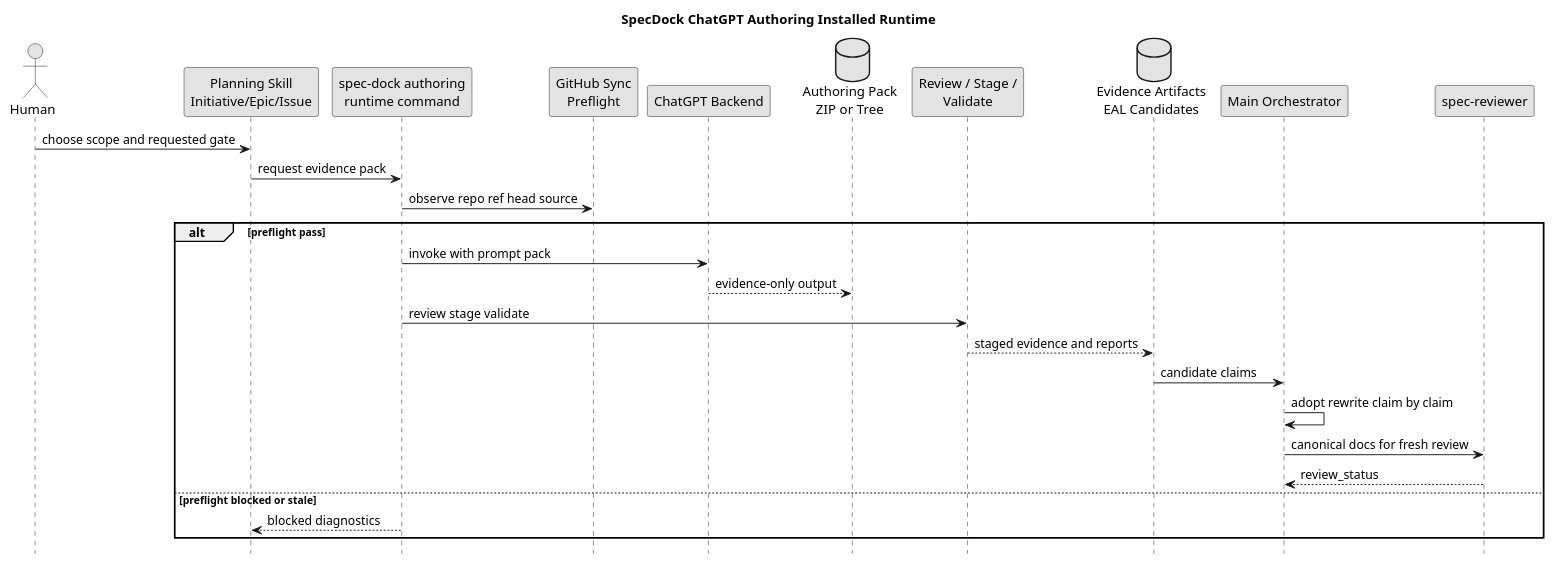
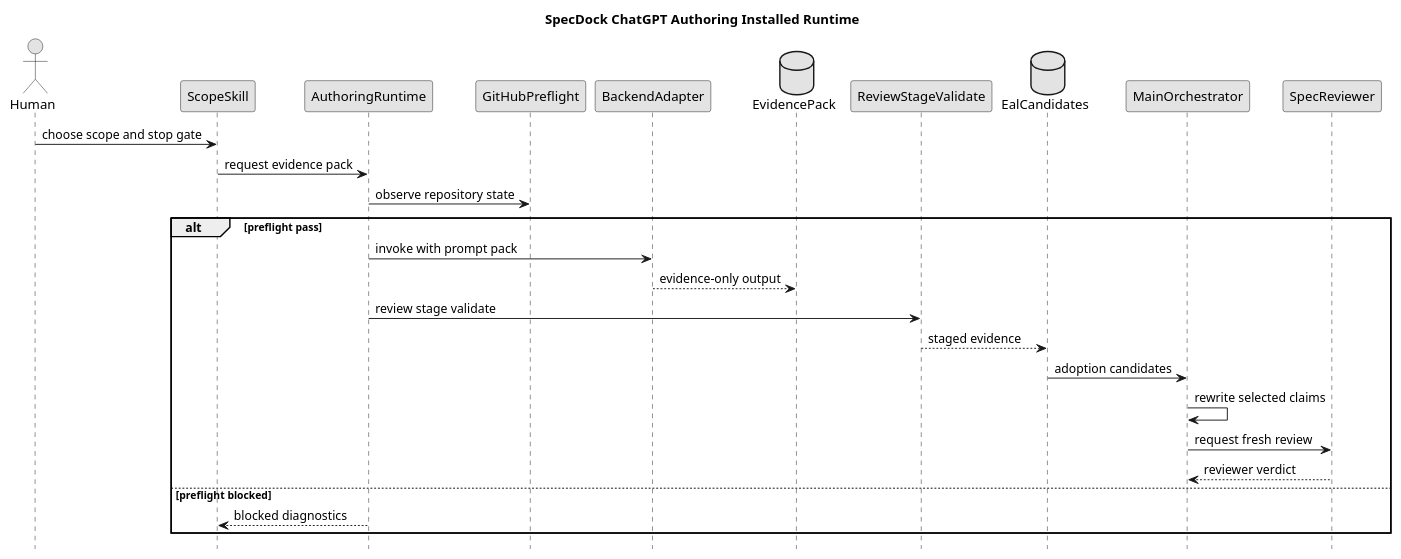
One commit to chemitaro/spec-dock changed the first of 4 diagrams in 00000-00999/epic-00295/design.md. Above: the diagram before and after it, drawn with PlantUML. The commit also changed other lines of this file and 45 other files, not shown here.

First line of the commit message:
docs(spec-dock): ChatGPT生成packをEpic正本へ反映

````diff
--- a/00000-00999/epic-00295/design.md
+++ b/00000-00999/epic-00295/design.md
@@ -298,34 +314,34 @@
 ```plantuml
 @startuml
 title SpecDock ChatGPT Authoring Installed Runtime
 skinparam monochrome true
 hide footbox
 
-actor "Human" as Human
-participant "Planning Skill\nInitiative/Epic/Issue" as Skill
-participant "spec-dock authoring\nruntime command" as Runtime
-participant "GitHub Sync\nPreflight" as Preflight
-participant "ChatGPT Backend" as Backend
-database "Authoring Pack\nZIP or Tree" as Pack
-participant "Review / Stage /\nValidate" as Validate
-database "Evidence Artifacts\nEAL Candidates" as Evidence
-participant "Main Orchestrator" as Orchestrator
-participant "spec-reviewer" as Reviewer
+actor Human as H
+participant "ScopeSkill" as ScopeSkill
+participant "AuthoringRuntime" as Runtime
+participant "GitHubPreflight" as Preflight
+participant "BackendAdapter" as Backend
+database "EvidencePack" as Pack
+participant "ReviewStageValidate" as Validator
+database "EalCandidates" as EAL
+participant "MainOrchestrator" as Orchestrator
+participant "SpecReviewer" as Reviewer
 
-Human -> Skill : choose scope and requested gate
-Skill -> Runtime : request evidence pack
-Runtime -> Preflight : observe repo ref head source
+H -> ScopeSkill : choose scope and stop gate
+ScopeSkill -> Runtime : request evidence pack
+Runtime -> Preflight : observe repository state
 alt preflight pass
   Runtime -> Backend : invoke with prompt pack
   Backend --> Pack : evidence-only output
-  Runtime -> Validate : review stage validate
-  Validate --> Evidence : staged evidence and reports
-  Evidence -> Orchestrator : candidate claims
-  Orchestrator -> Orchestrator : adopt rewrite claim by claim
-  Orchestrator -> Reviewer : canonical docs for fresh review
-  Reviewer --> Orchestrator : review_status
-else preflight blocked or stale
-  Runtime --> Skill : blocked diagnostics
+  Runtime -> Validator : review stage validate
+  Validator --> EAL : staged evidence
+  EAL -> Orchestrator : adoption candidates
+  Orchestrator -> Orchestrator : rewrite selected claims
+  Orchestrator -> Reviewer : request fresh review
+  Reviewer --> Orchestrator : reviewer verdict
+else preflight blocked
+  Runtime --> ScopeSkill : blocked diagnostics
 end
 @enduml
 ```
````
